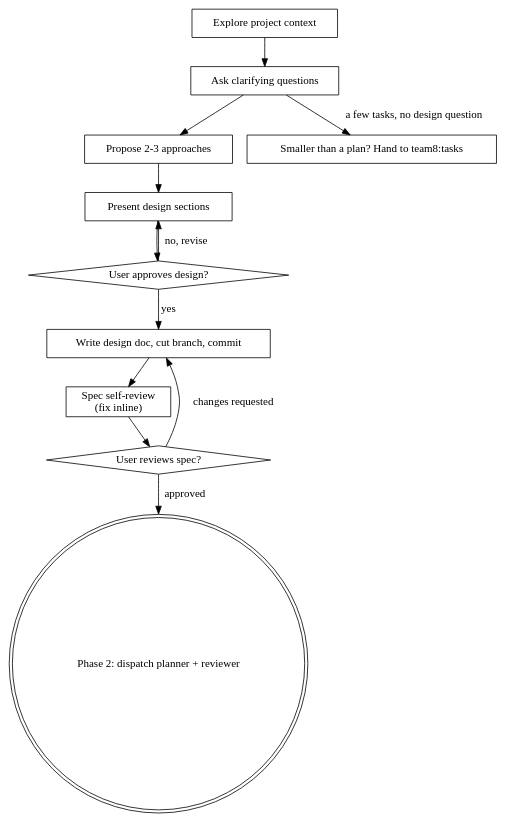
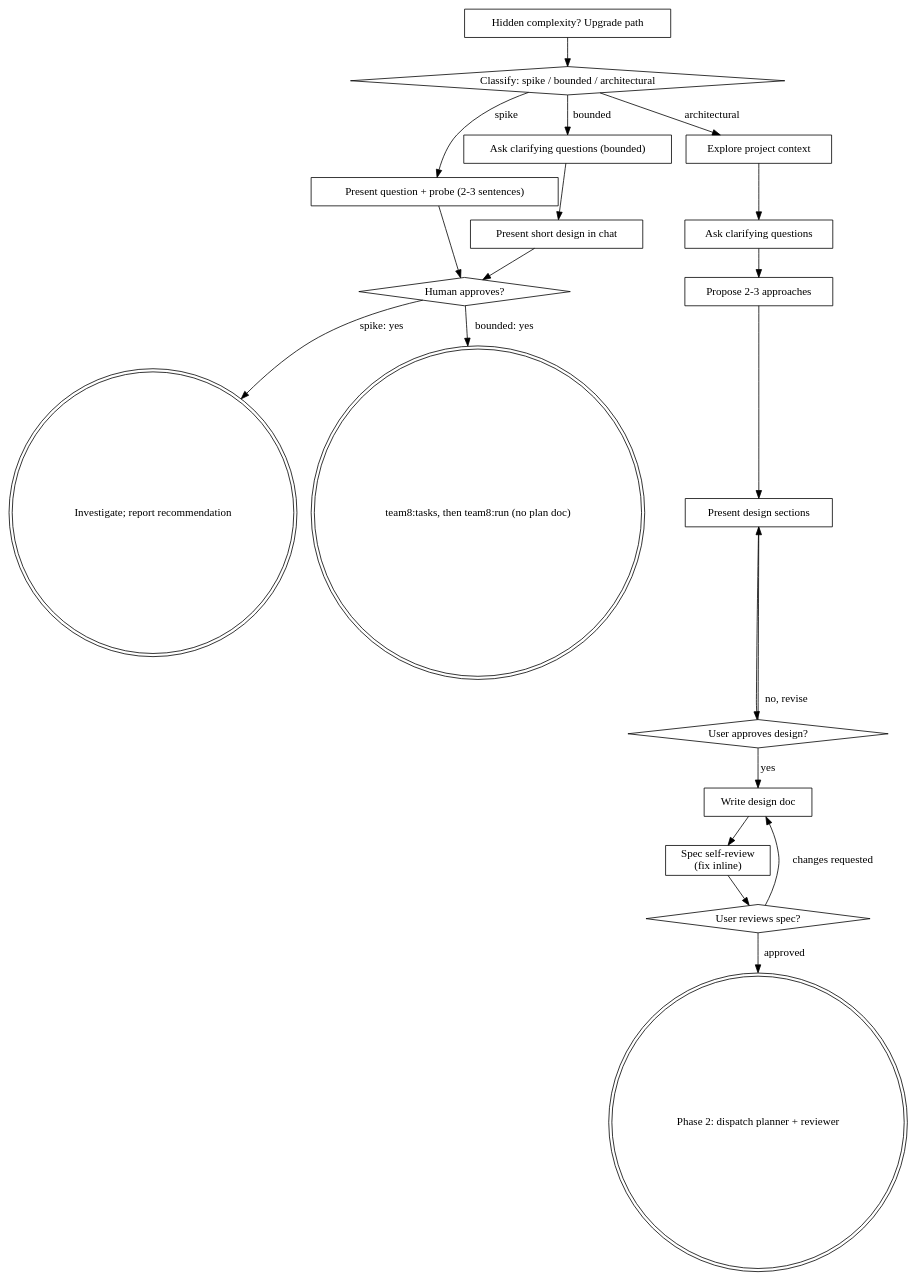
One commit to alan-oliv/team8 changed the diagram in plugin/skills/plan/SKILL.md. Above: the diagram before and after it, drawn with Graphviz. The commit also changed other lines of this file and 7 other files, not shown here.

````diff
--- a/plugin/skills/plan/SKILL.md
+++ b/plugin/skills/plan/SKILL.md
@@ -78,26 +129,41 @@
 ```dot
-digraph shape {
+digraph brainstorming {
+    "Classify: spike / bounded / architectural" [shape=diamond];
+    "Present question + probe (2-3 sentences)" [shape=box];
+    "Ask clarifying questions (bounded)" [shape=box];
+    "Present short design in chat" [shape=box];
+    "Human approves?" [shape=diamond];
+    "Investigate; report recommendation" [shape=doublecircle];
+    "team8:tasks, then team8:run (no plan doc)" [shape=doublecircle];
     "Explore project context" [shape=box];
     "Ask clarifying questions" [shape=box];
     "Propose 2-3 approaches" [shape=box];
     "Present design sections" [shape=box];
     "User approves design?" [shape=diamond];
-    "Write design doc, cut branch, commit" [shape=box];
+    "Write design doc" [shape=box];
     "Spec self-review\n(fix inline)" [shape=box];
     "User reviews spec?" [shape=diamond];
     "Phase 2: dispatch planner + reviewer" [shape=doublecircle];
-    "Smaller than a plan? Hand to team8:tasks" [shape=box];
+    "Hidden complexity? Upgrade path" [shape=box];
 
+    "Classify: spike / bounded / architectural" -> "Present question + probe (2-3 sentences)" [label="spike"];
+    "Classify: spike / bounded / architectural" -> "Ask clarifying questions (bounded)" [label="bounded"];
+    "Classify: spike / bounded / architectural" -> "Explore project context" [label="architectural"];
+    "Present question + probe (2-3 sentences)" -> "Human approves?";
+    "Ask clarifying questions (bounded)" -> "Present short design in chat";
+    "Present short design in chat" -> "Human approves?";
+    "Human approves?" -> "Investigate; report recommendation" [label="spike: yes"];
+    "Human approves?" -> "team8:tasks, then team8:run (no plan doc)" [label="bounded: yes"];
+    "Hidden complexity? Upgrade path" -> "Classify: spike / bounded / architectural";
     "Explore project context" -> "Ask clarifying questions";
     "Ask clarifying questions" -> "Propose 2-3 approaches";
-    "Ask clarifying questions" -> "Smaller than a plan? Hand to team8:tasks" [label="a few tasks, no design question"];
     "Propose 2-3 approaches" -> "Present design sections";
     "Present design sections" -> "User approves design?";
     "User approves design?" -> "Present design sections" [label="no, revise"];
-    "User approves design?" -> "Write design doc, cut branch, commit" [label="yes"];
-    "Write design doc, cut branch, commit" -> "Spec self-review\n(fix inline)";
+    "User approves design?" -> "Write design doc" [label="yes"];
+    "Write design doc" -> "Spec self-review\n(fix inline)";
     "Spec self-review\n(fix inline)" -> "User reviews spec?";
-    "User reviews spec?" -> "Write design doc, cut branch, commit" [label="changes requested"];
+    "User reviews spec?" -> "Write design doc" [label="changes requested"];
     "User reviews spec?" -> "Phase 2: dispatch planner + reviewer" [label="approved"];
 }
 ```
````
